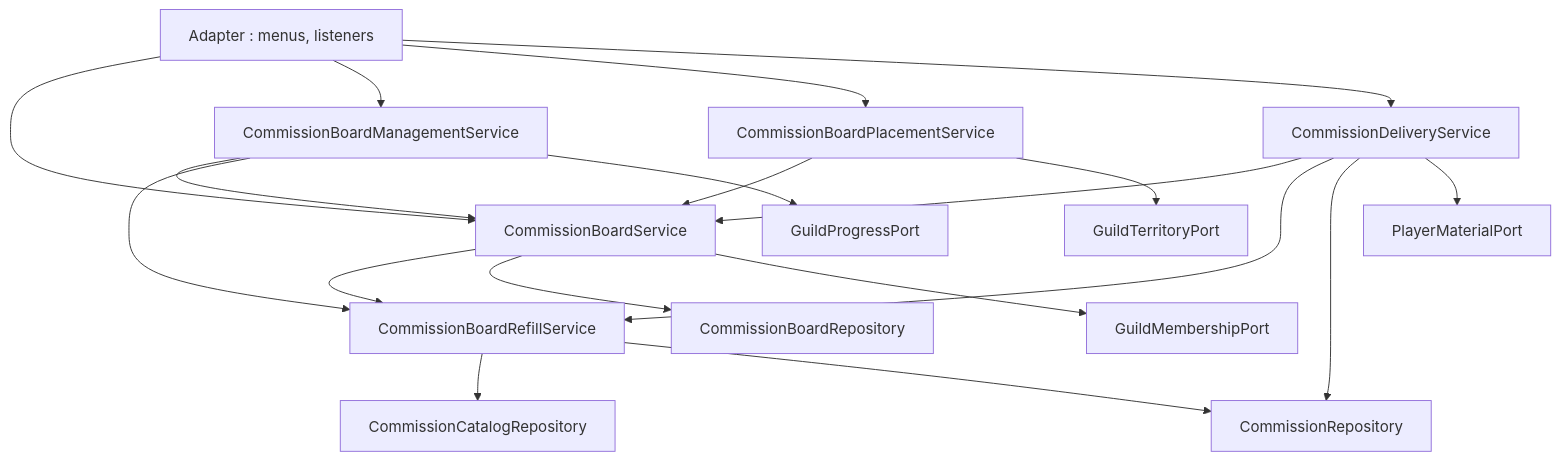
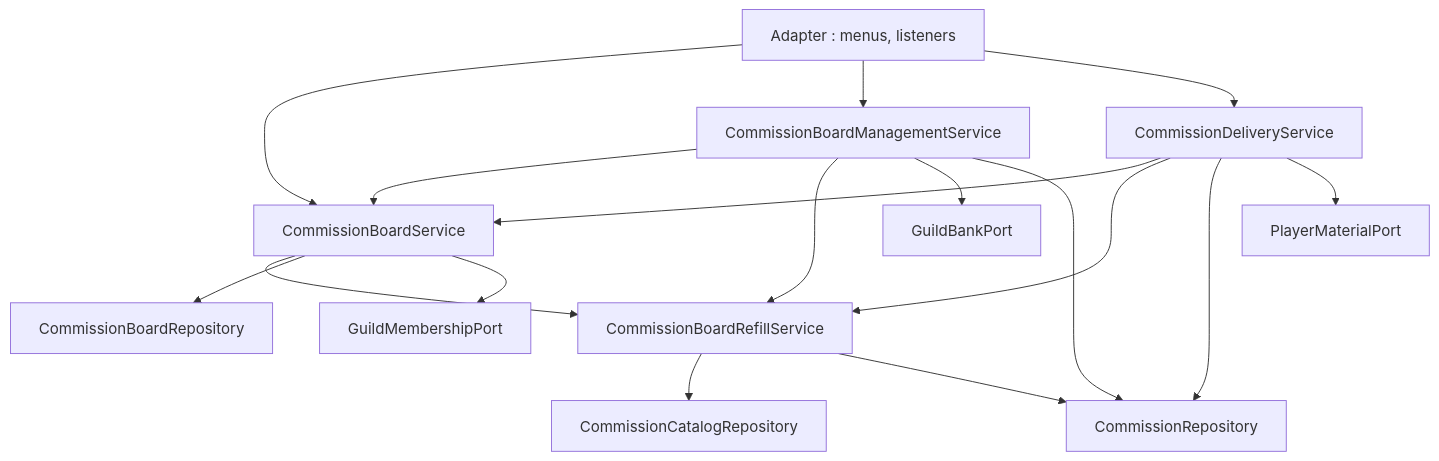
One commit to TesseractFR/TesseractSRP2 changed the first of 2 diagrams in commission-domain/spec/commission-domain-doc.md. Above: the diagram before and after it, drawn with Mermaid. The commit also changed other lines of this file and 90 other files, not shown here.

````diff
--- a/commission-domain/spec/commission-domain-doc.md
+++ b/commission-domain/spec/commission-domain-doc.md
@@ -45,21 +43,19 @@
 ```mermaid
 flowchart TD
     JEU[Adapter : menus, listeners] --> BS[CommissionBoardService]
     JEU --> MS[CommissionBoardManagementService]
-    JEU --> PS[CommissionBoardPlacementService]
     JEU --> DS[CommissionDeliveryService]
     MS --> BS
-    PS --> BS
     DS --> BS
     BS --> RS[CommissionBoardRefillService]
     MS --> RS
     DS --> RS
     RS --> CAT[CommissionCatalogRepository]
     RS --> CR[CommissionRepository]
     BS --> BR[CommissionBoardRepository]
     DS --> CR
     DS --> PM[PlayerMaterialPort]
-    MS --> GP[GuildProgressPort]
-    PS --> GT[GuildTerritoryPort]
+    MS --> GP[GuildBankPort]
+    MS --> CR
     BS --> GM[GuildMembershipPort]
 ```
````
